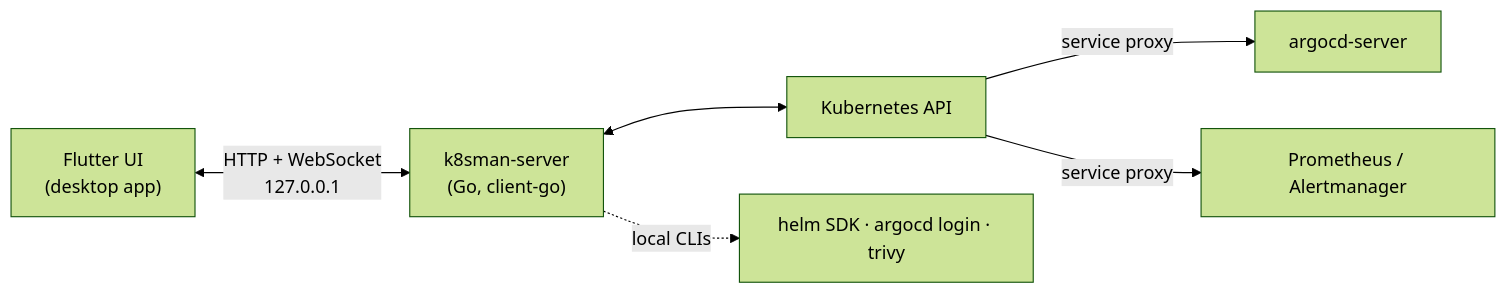
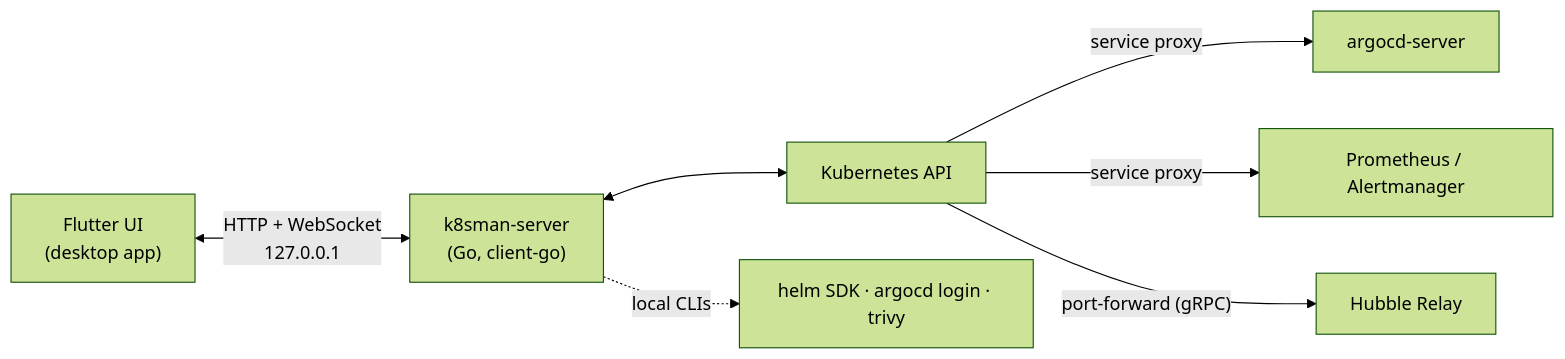
Before and after one commit to matty234/k8sman: the diagram in README.md, drawn with Mermaid (forest theme). The commit also changed other lines of this file and 3 other files, not shown here.

````diff
--- a/README.md
+++ b/README.md
@@ -409,8 +422,9 @@
 ```mermaid
 flowchart LR
   UI["Flutter UI<br/>(desktop app)"] <-- "HTTP + WebSocket<br/>127.0.0.1" --> BE["k8sman-server<br/>(Go, client-go)"]
   BE <--> K8S["Kubernetes API"]
   K8S -- "service proxy" --> ARGO["argocd-server"]
   K8S -- "service proxy" --> PROM["Prometheus / Alertmanager"]
+  K8S -- "port-forward (gRPC)" --> HUBBLE["Hubble Relay"]
   BE -. "local CLIs" .-> CLI["helm SDK · argocd login · trivy"]
 ```
````
